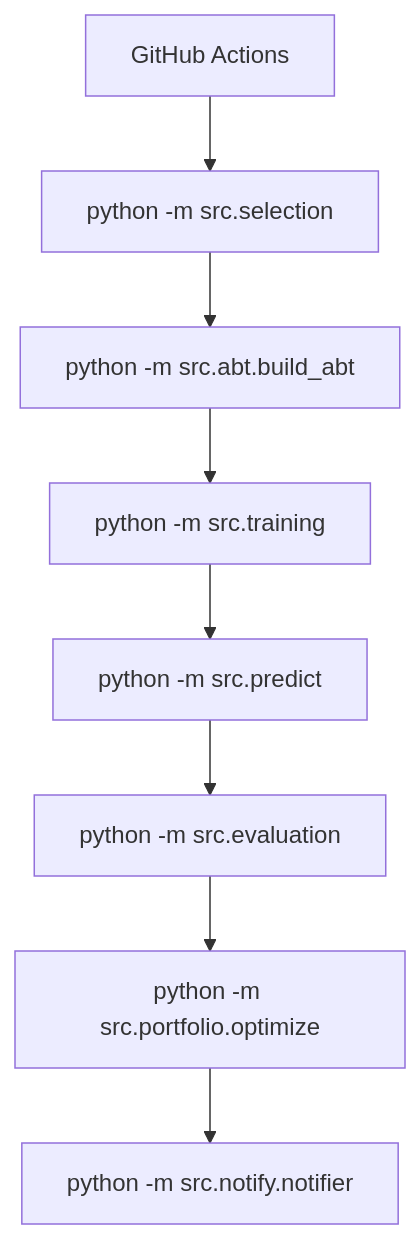
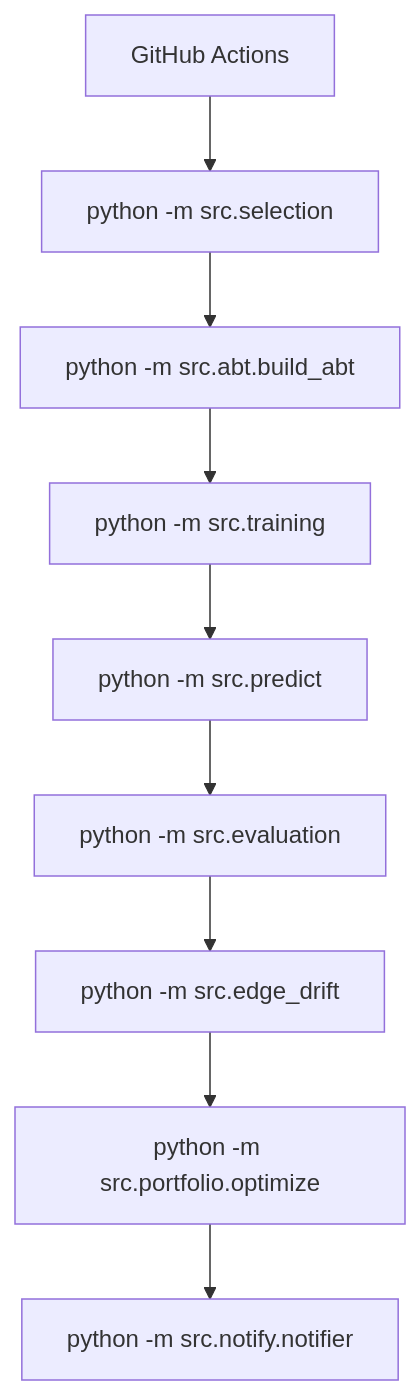
Before and after one commit to jcval94/yahoo: the fourth of 4 diagrams in README.md, drawn with Mermaid. The commit also changed other lines of this file and 3 other files, not shown here.

````diff
--- a/README.md
+++ b/README.md
@@ -229,10 +236,11 @@
 ```mermaid
 flowchart TD
     GA[GitHub Actions] --> S[python -m src.selection]
     S --> ABT[python -m src.abt.build_abt]
     ABT --> TR[python -m src.training]
     TR --> PR[python -m src.predict]
     PR --> EV[python -m src.evaluation]
-    EV --> OP[python -m src.portfolio.optimize]
+    EV --> DR[python -m src.edge_drift]
+    DR --> OP[python -m src.portfolio.optimize]
     OP --> NT[python -m src.notify.notifier]
 ```
````
